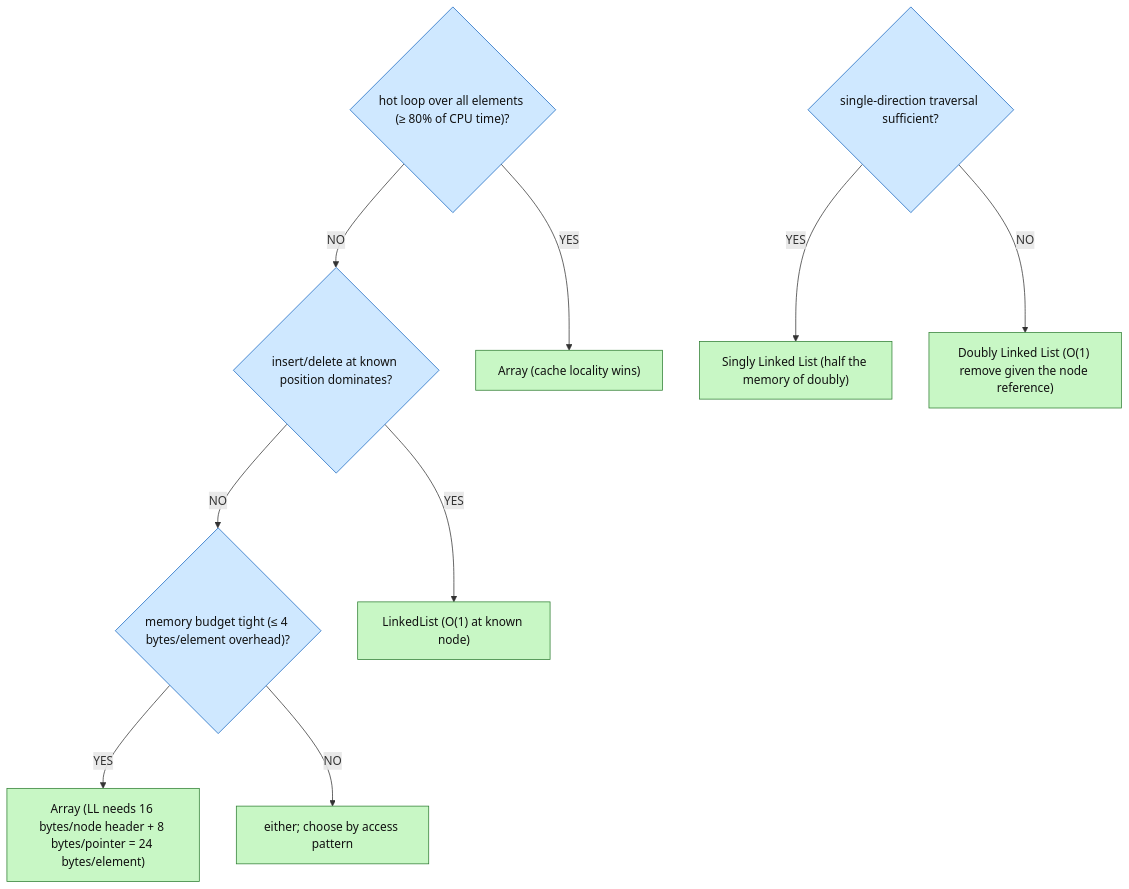
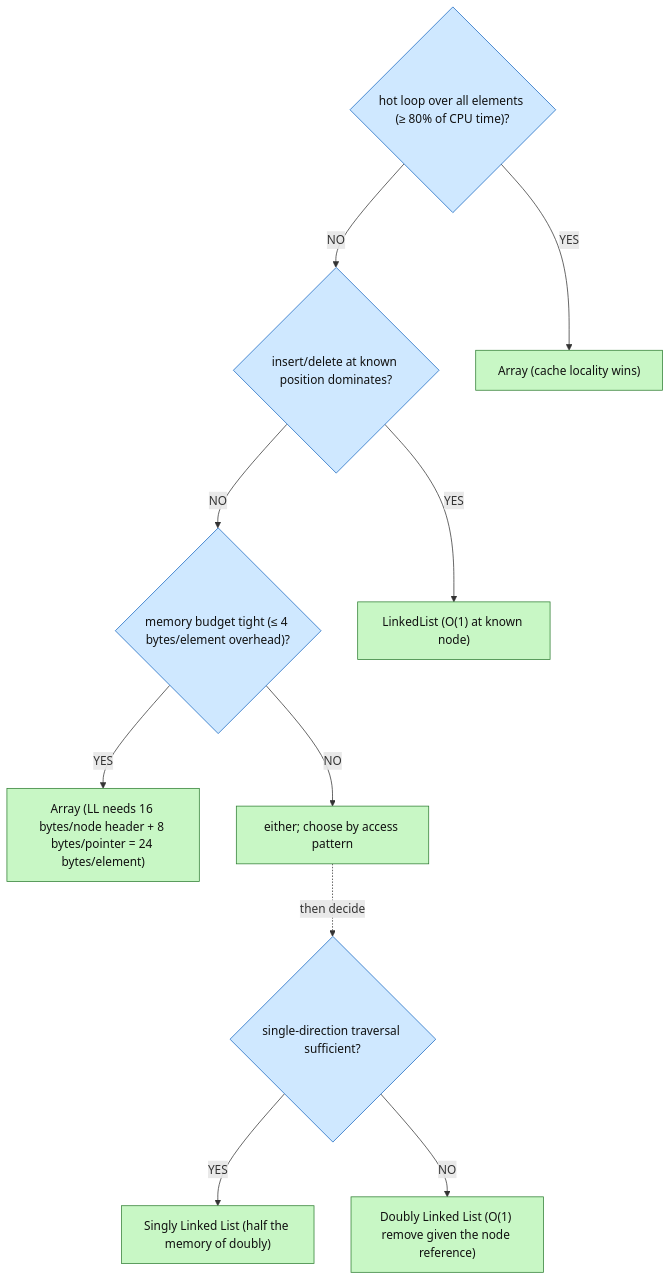
The third of 3 diagrams in 02_Data_Structures/01c_LinkedList.md (SaiHarsha502vvit/Daily-Prep), drawn with Mermaid before and after one commit. The commit also changed 9 other files, not shown here.

First line of the commit message:
docs(data-structures): decision trees to Mermaid in A3/A4 and connect chained questions

````diff
--- a/02_Data_Structures/01c_LinkedList.md
+++ b/02_Data_Structures/01c_LinkedList.md
@@ -1331,19 +1331,20 @@
 ```mermaid
 flowchart TD
     Q0{"hot loop over all elements (≥ 80% of CPU time)?"}
     Q1{"insert/delete at known position dominates?"}
     Q2{"memory budget tight (≤ 4 bytes/element overhead)?"}
     Q3{"single-direction traversal sufficient?"}
     Q0 -- YES --> A1["Array (cache locality wins)"]
     Q0 -- NO --> Q1
     Q1 -- YES --> A2["LinkedList (O(1) at known node)"]
     Q1 -- NO --> Q2
     Q2 -- YES --> A3["Array (LL needs 16 bytes/node header + 8 bytes/pointer = 24 bytes/element)"]
     Q2 -- NO --> A4["either; choose by access pattern"]
     Q3 -- YES --> A5["Singly Linked List (half the memory of doubly)"]
     Q3 -- NO --> A6["Doubly Linked List (O(1) remove given the node reference)"]
+    A4 -. "then decide" .-> Q3
     classDef ask fill:#cfe8ff,stroke:#1565c0,color:#111
     classDef ans fill:#c8f7c5,stroke:#2e7d32,color:#111
     class Q0,Q1,Q2,Q3 ask
     class A1,A2,A3,A4,A5,A6 ans
 ```
````
